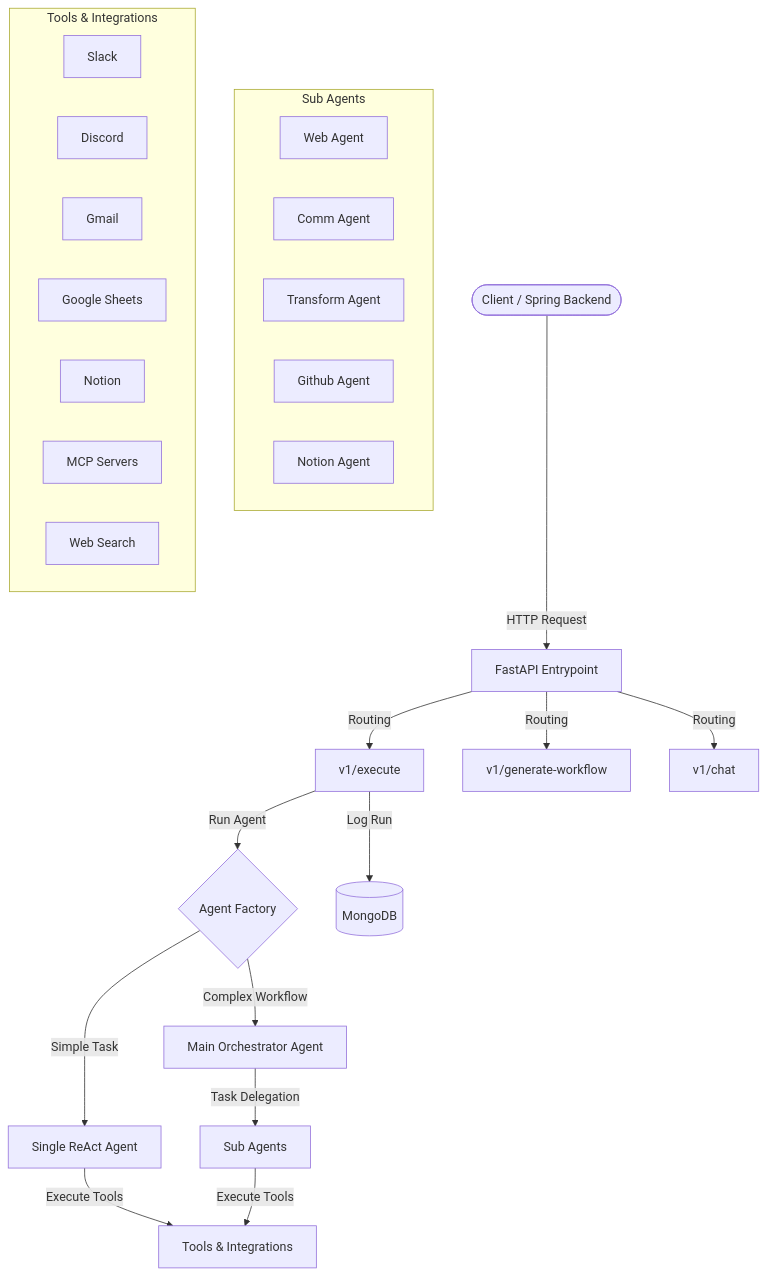
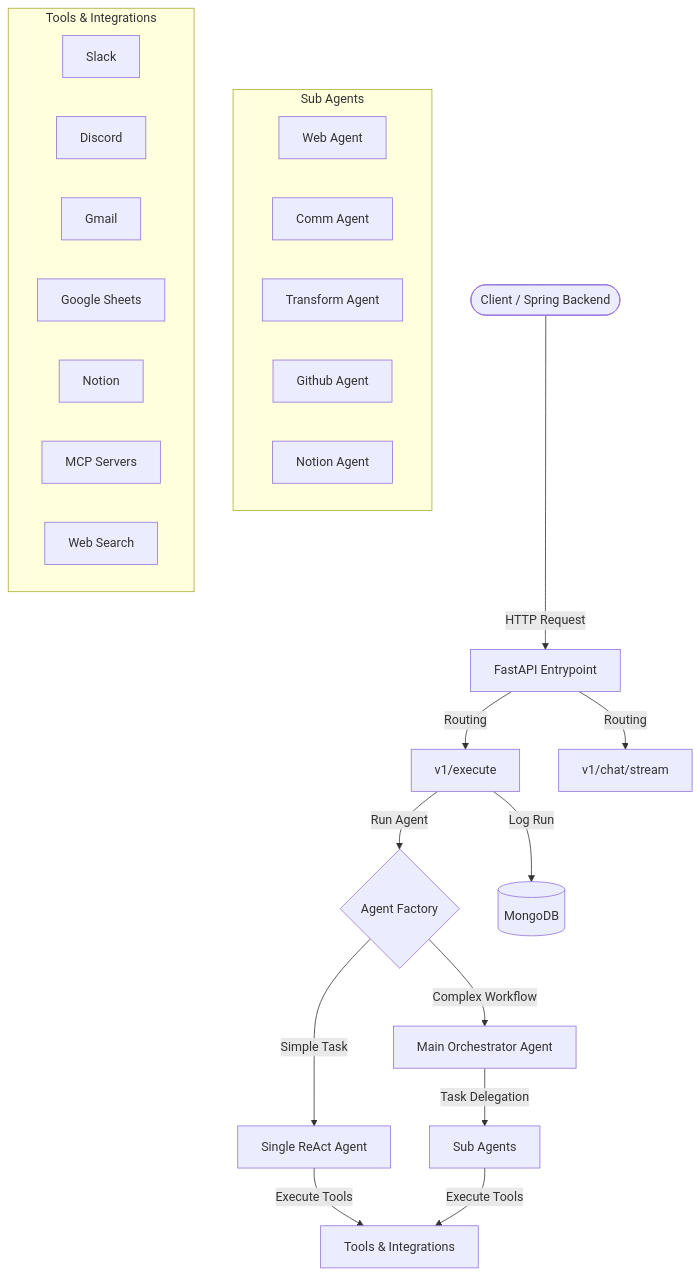
One commit to team-ieum/ieum-agent changed the first of 2 diagrams in README.md. Above: the diagram before and after it, drawn with Mermaid. The commit also changed other lines of this file and 51 other files, not shown here.

````diff
--- a/README.md
+++ b/README.md
@@ -22,35 +22,34 @@
 ```mermaid
 graph TD
     User([Client / Spring Backend]) -->|HTTP Request| API[FastAPI Entrypoint]
     API -->|Routing| Execute[v1/execute]
-    API -->|Routing| Generate[v1/generate-workflow]
-    API -->|Routing| Chat[v1/chat]
+    API -->|Routing| Chat[v1/chat/stream]
 
     Execute -->|Run Agent| Factory{Agent Factory}
     Factory -->|Simple Task| Single[Single ReAct Agent]
     Factory -->|Complex Workflow| Main[Main Orchestrator Agent]
 
     Main -->|Task Delegation| SubAgents[Sub Agents]
     subgraph Sub Agents
         Web[Web Agent]
         Comm[Comm Agent]
         Trans[Transform Agent]
         Github[Github Agent]
         Notion[Notion Agent]
     end
 
     Single -->|Execute Tools| Tools[Tools & Integrations]
     SubAgents -->|Execute Tools| Tools
 
     subgraph Tools & Integrations
         Slack[Slack]
         Discord[Discord]
         Gmail[Gmail]
         GoogleSheets[Google Sheets]
         NotionAPI[Notion]
         MCP[MCP Servers]
         Search[Web Search]
     end
 
     Execute -->|Log Run| MongoDB[(MongoDB)]
 ```
````
